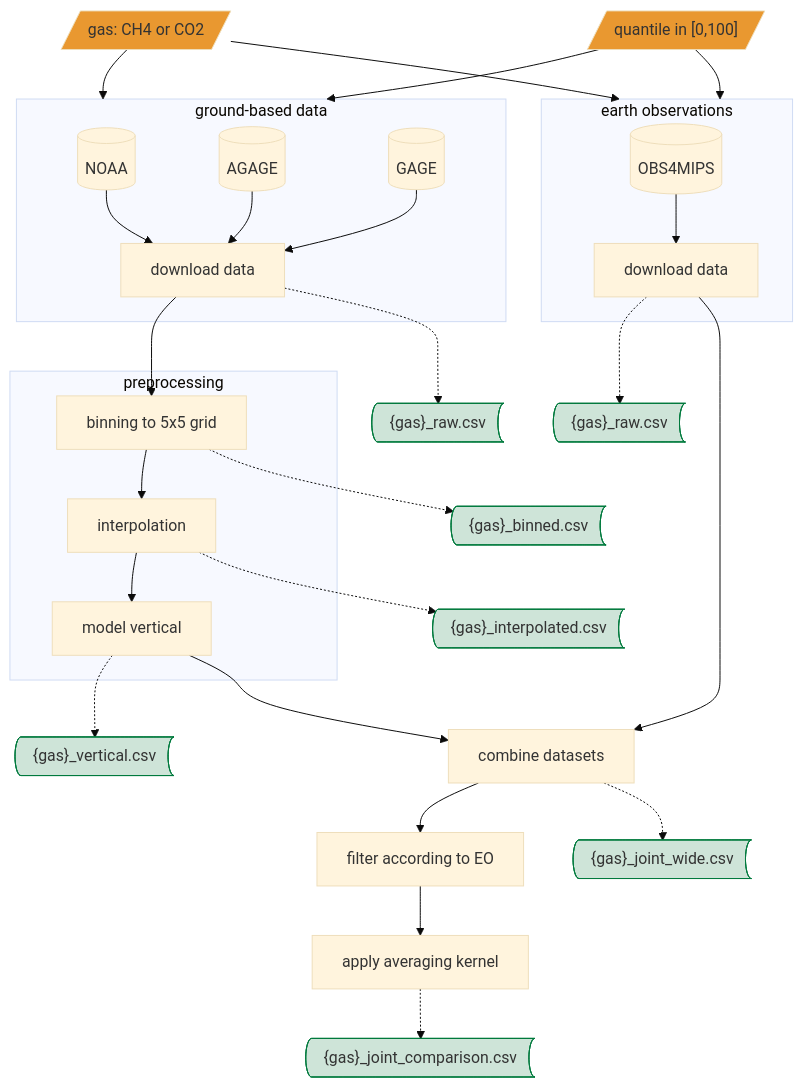
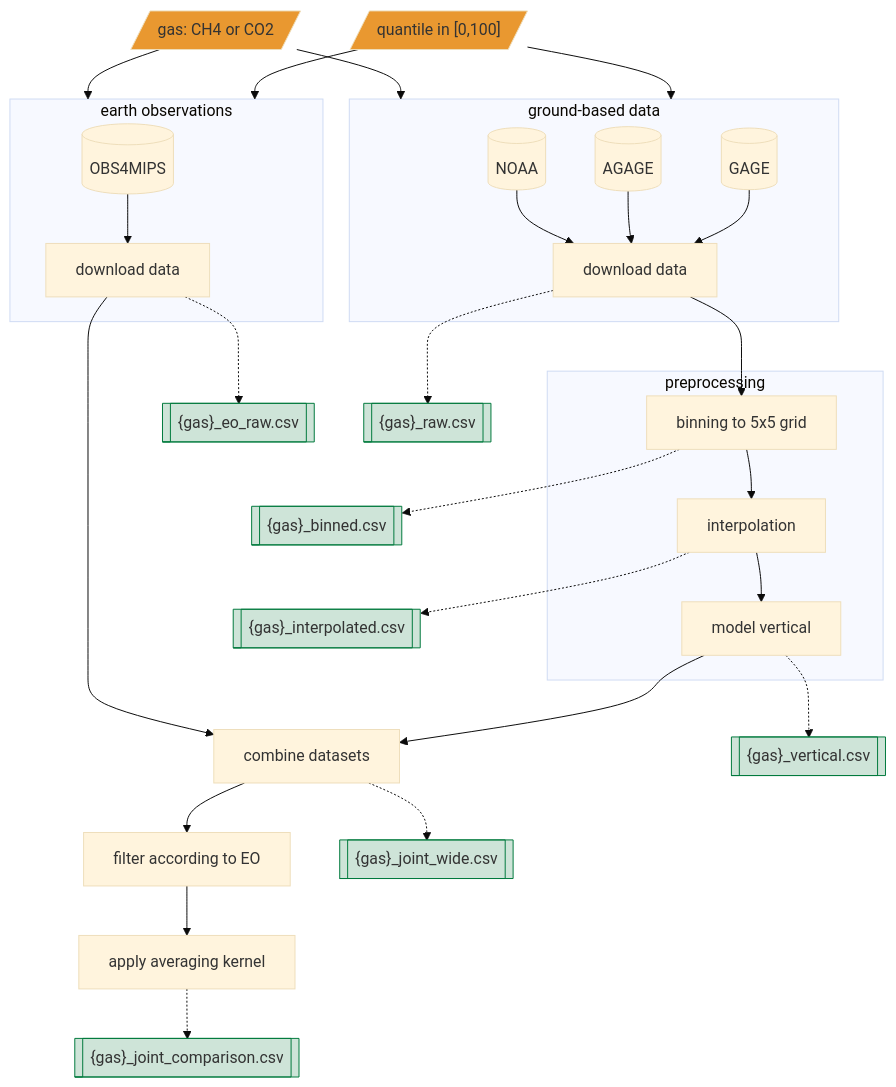
One commit to climate-resource/GHG-forcing-for-CMIP changed the diagram in docs/index.md. Above: the diagram before and after it, drawn with Mermaid (base theme). The commit also changed other lines of this file and 7 other files, not shown here.

````diff
--- a/docs/index.md
+++ b/docs/index.md
@@ -4,42 +3,35 @@
 ```mermaid
 graph TB
-  A01@{ shape: lean-r, label: "gas: CH4 or CO2" }
-  A02@{ shape: lean-r, label: "quantile in [0,100]" }
-  style A01 fill:#e99830
-  style A02 fill:#e99830
-  A01 --> ide1
-  A02 --> ide1
-  A01 --> ide2
-  A02 --> ide2
-  subgraph ide1 [ground-based data]
-    id1[(NOAA)] --> A1[download data]
-    id2[(AGAGE)] --> A1[download data]
-    id3[(GAGE)] --> A1[download data]
-  end
-  subgraph ide3 [preprocessing]
-    A1 --> B[binning to 5x5 grid]
-    B --> C[interpolation]
-    C --> D[model vertical]
-  end
-  subgraph ide2 [earth observations]
-    id4[(OBS4MIPS)] --> A2[download data]
-  end
-  B -.-> B2@{ shape: bow-rect, label: "{gas}_binned.csv" }
-  style B2 fill:#cee4d8,stroke:#007a3d
-  C -.-> C2@{ shape: bow-rect, label: "{gas}_interpolated.csv" }
-  style C2 fill:#cee4d8,stroke:#007a3d
-  D -.-> D2@{ shape: bow-rect, label: "{gas}_vertical.csv" }
-  style D2 fill:#cee4d8,stroke:#007a3d
-  A2 -.-> A3@{ shape: bow-rect, label: "{gas}_raw.csv" }
-  style A3 fill:#cee4d8,stroke:#007a3d
-  A1 -.-> A4@{ shape: bow-rect, label: "{gas}_raw.csv" }
-  style A4 fill:#cee4d8,stroke:#007a3d
-  A2 --> E[combine datasets]
-  D --> E[combine datasets]
-  E --> F[filter according to EO]
-  F --> G[apply averaging kernel]
-  E -.-> E2@{ shape: bow-rect, label: "{gas}_joint_wide.csv" }
-  style E2 fill:#cee4d8,stroke:#007a3d
-  G -.-> G2@{ shape: bow-rect, label: "{gas}_joint_comparison.csv" }
-  style G2 fill:#cee4d8,stroke:#007a3d
+A01[/"gas: CH4 or CO2"/] --> ide1
+A02[/"quantile in [0,100]"/] --> ide1
+A01 --> ide2
+A02 --> ide2
+subgraph ide1[ground-based data]
+id1[(NOAA)] --> A1[download data]
+id2[(AGAGE)] --> A1[download data]
+id3[(GAGE)] --> A1[download data]
+end
+subgraph ide3[preprocessing]
+A1 --> B[binning to 5x5 grid]
+B --> C[interpolation]
+C --> D[model vertical]
+end
+subgraph ide2[earth observations]
+id4[(OBS4MIPS)] --> A2[download data]
+end
+A2 --> E[combine datasets]
+D --> E[combine datasets]
+E --> F[filter according to EO]
+F --> G[apply averaging kernel]
+B -.-> B2[["{gas}_binned.csv"]]
+C -.-> C2[["{gas}_interpolated.csv"]]
+D -.-> D2[["{gas}_vertical.csv"]]
+A2 -.-> A3[["{gas}_eo_raw.csv"]]
+A1 -.-> A4[["{gas}_raw.csv"]]
+E -.-> E2[["{gas}_joint_wide.csv"]]
+G -.-> G2[["{gas}_joint_comparison.csv"]]
+classDef data fill:#cee4d8,stroke:#007a3d;
+class B2,C2,D2,A3,A4,E2,G2 data
+classDef input fill:#e99830
+class A01,A02 input
 ```
````
